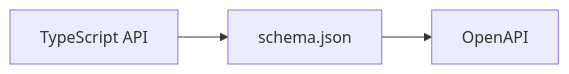
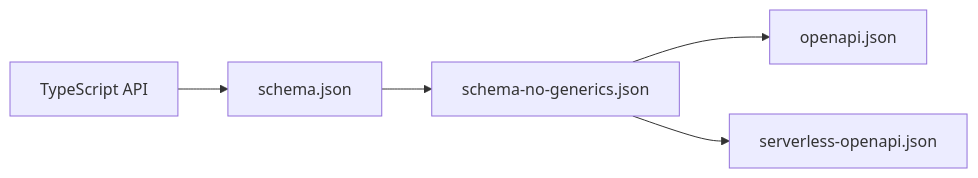
The diagram in openapi-converter/clients_schema_to_openapi/README.md (elastic/elasticsearch-specification), drawn with Mermaid before and after one commit. The commit also changed other lines of this file and 3 other files, not shown here.

Commit message:
Add serverless OpenAPI spec, update README

````diff
--- a/openapi-converter/clients_schema_to_openapi/README.md
+++ b/openapi-converter/clients_schema_to_openapi/README.md
@@ -7,9 +7,12 @@
 ```mermaid
 flowchart LR
     ts[TypeScript API]
     schema[schema.json]
-    openapi[OpenAPI]
+    schema-no-generics[schema-no-generics.json]
+    openapi[openapi.json]
     
     ts --> schema
-    schema --> openapi
+    schema --> schema-no-generics
+    schema-no-generics --> openapi
+    schema-no-generics --> serverless-openapi.json
 ```
````
